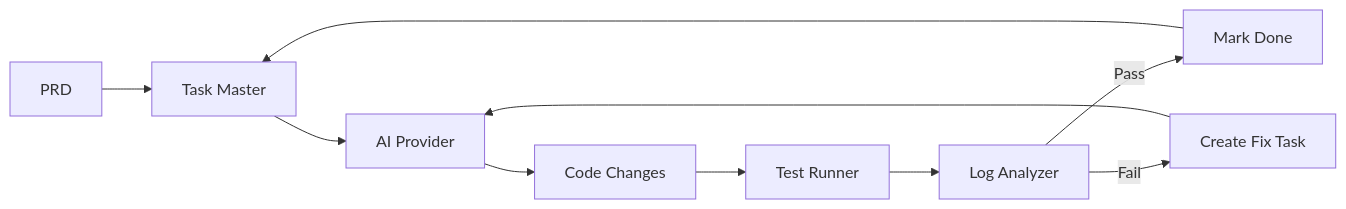
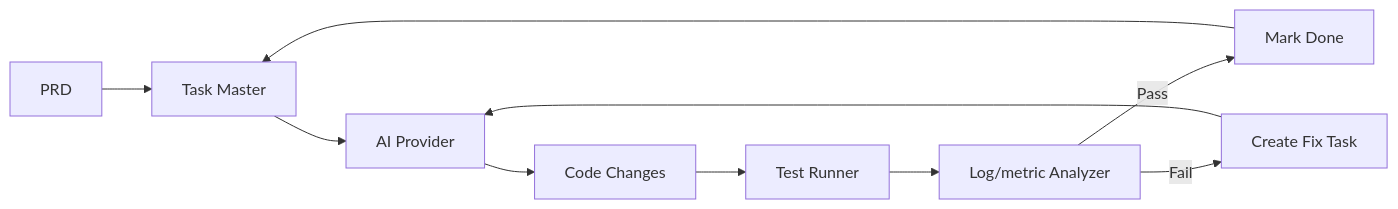
One commit to jienckebd/dev-loop changed the first of 2 diagrams in README.md. Above: the diagram before and after it, drawn with Mermaid. The commit also changed other lines of this file, not shown here.

Commit message:
Update README: simplify architecture diagram, clarify log/metric analysis, show parallel execution and multiple frameworks

````diff
--- a/README.md
+++ b/README.md
@@ -67,12 +50,12 @@
 ```mermaid
 flowchart LR
     PRD[PRD] --> Tasks[Task Master]
     Tasks --> AI[AI Provider]
     AI --> Code[Code Changes]
     Code --> Tests[Test Runner]
-    Tests --> Logs[Log Analyzer]
+    Tests --> Logs[Log/metric Analyzer]
     Logs -->|Pass| Done[Mark Done]
     Logs -->|Fail| Fix[Create Fix Task]
     Fix --> AI
     Done --> Tasks
 ```
````
